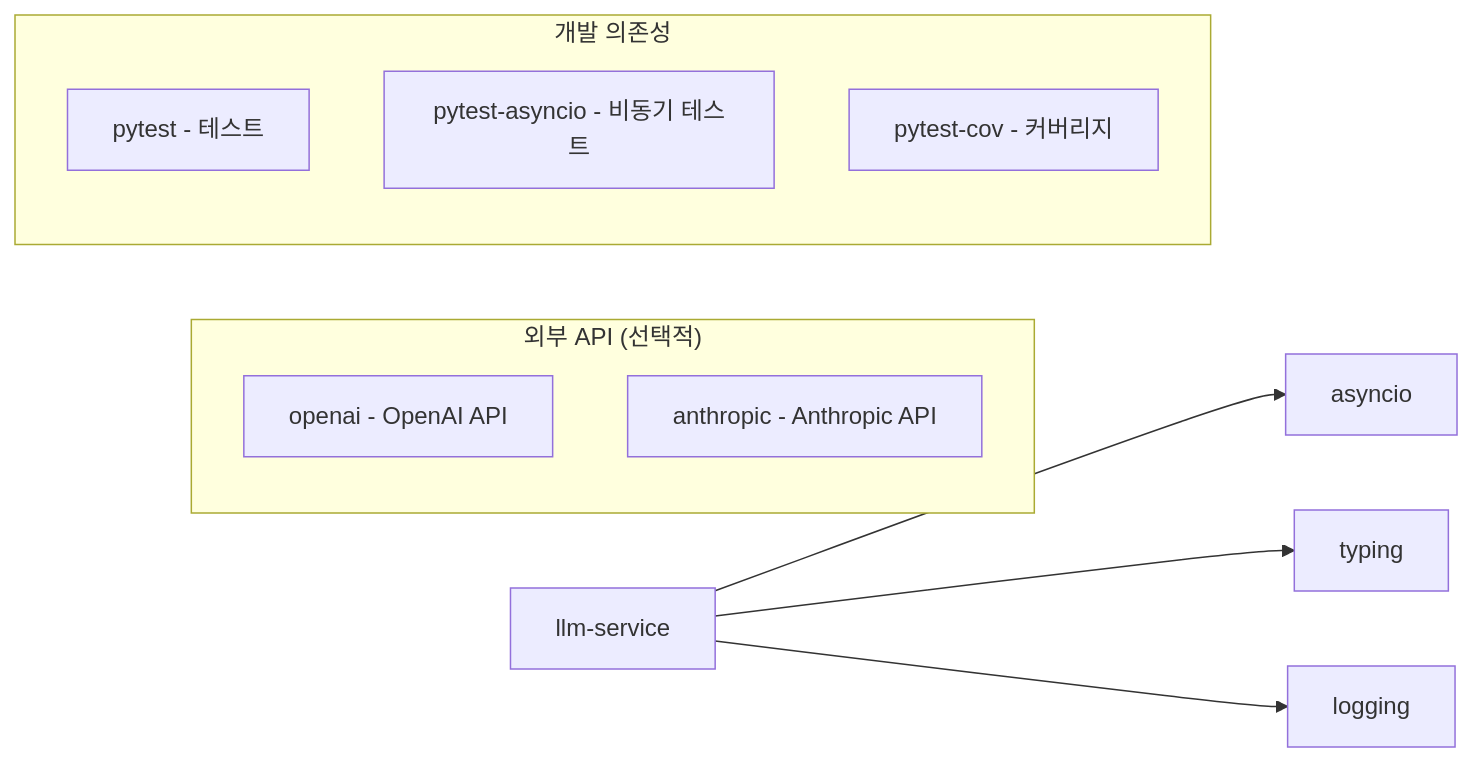
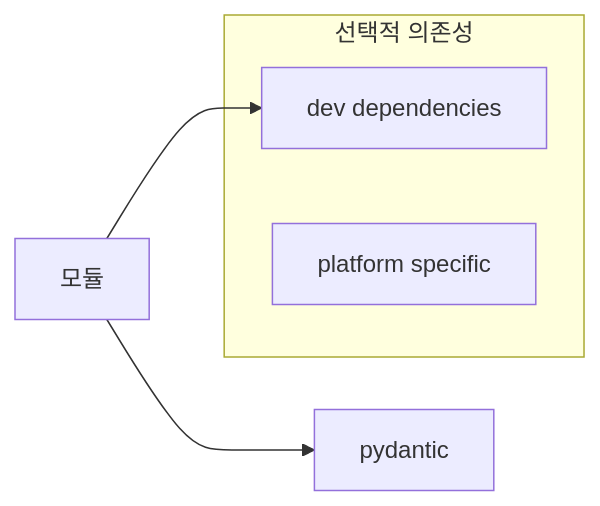
The second of 4 diagrams in packages/yeonjae-universal-llm-service/docs/technical-specification.md (yeonjae-work/universal-modules), drawn with Mermaid before and after one commit. The commit also changed other lines of this file and 11 other files, not shown here.

````diff
--- a/packages/yeonjae-universal-llm-service/docs/technical-specification.md
+++ b/packages/yeonjae-universal-llm-service/docs/technical-specification.md
@@ -61,17 +50,10 @@
 ```mermaid
 graph LR
-    A[llm-service] --> B[asyncio]
-    A --> C[typing]
-    A --> D[logging]
+    A[모듈] --> B[pydantic]
+    A --> E[typing-extensions]
     
-    subgraph "외부 API (선택적)"
-        E[openai - OpenAI API]
-        F[anthropic - Anthropic API]
-    end
-    
-    subgraph "개발 의존성"
-        G[pytest - 테스트]
-        H[pytest-asyncio - 비동기 테스트]
-        I[pytest-cov - 커버리지]
+    subgraph "선택적 의존성"
+        E[dev dependencies]
+        F[platform specific]
     end
 ```
````
